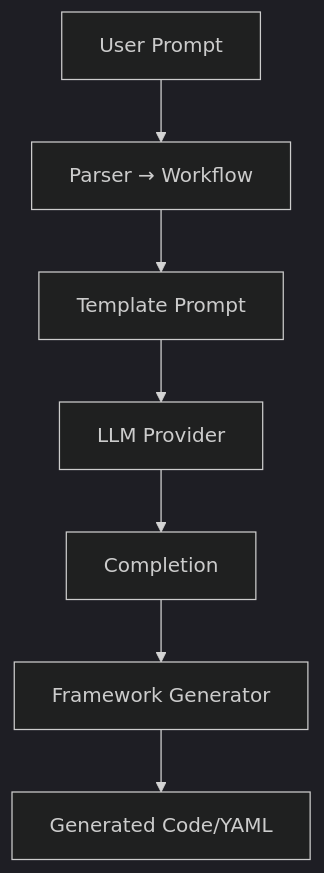
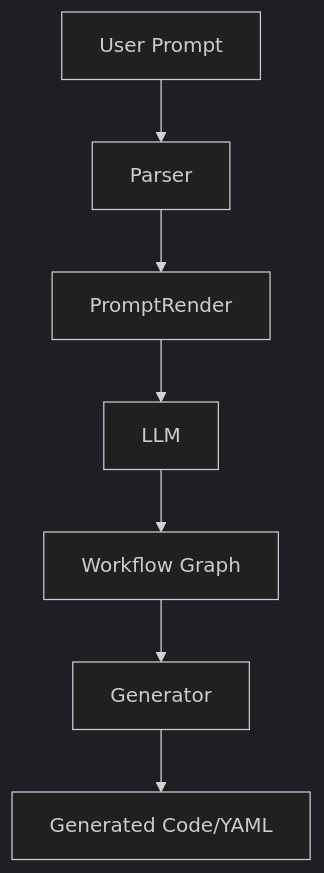
The diagram in docs/architecture.md (ruslanmv/agent-generator), drawn with Mermaid (dark theme) before and after one commit. The commit also changed other lines of this file and 29 other files, not shown here.

`````diff
--- a/docs/architecture.md
+++ b/docs/architecture.md
@@ -77,9 +76,9 @@
 ```mermaid
 flowchart TD
-  P[User Prompt] --> Parse
-  Parse[Parser → Workflow] --> PromptRender
-  PromptRender[Template Prompt] --> LLM
-  LLM[LLM Provider] --> Completion
-  Completion --> Generator[Framework Generator]
+  UI[User Prompt] --> Parser
+  Parser --> PromptRender
+  PromptRender --> LLM
+  LLM --> Workflow[Workflow Graph]
+  Workflow --> Generator
   Generator --> Code[Generated Code/YAML]
-```
+````
`````
